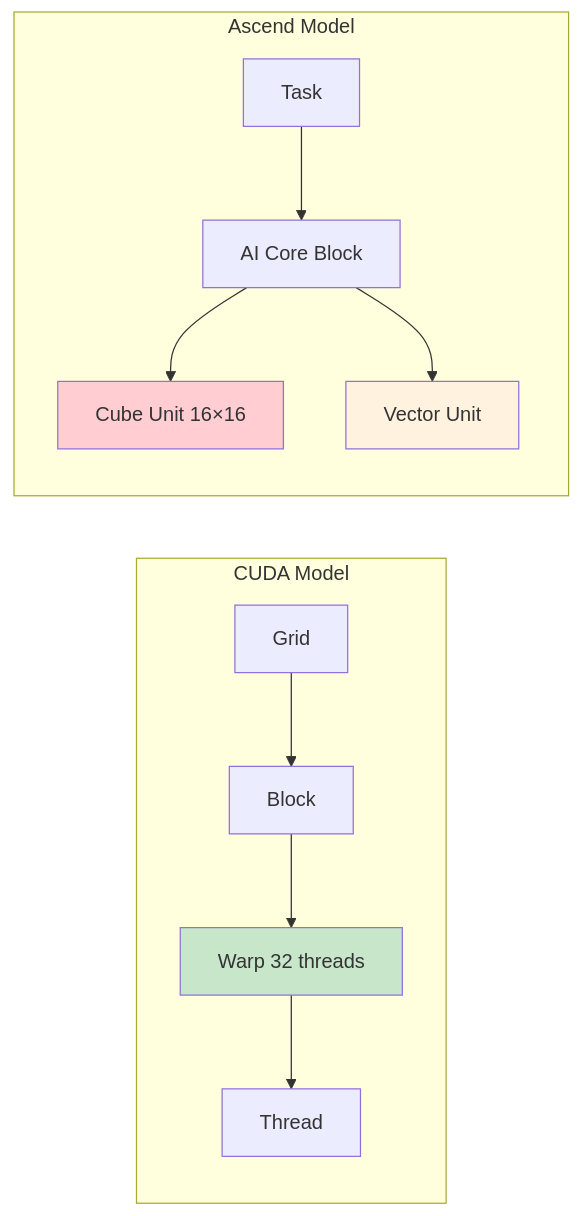
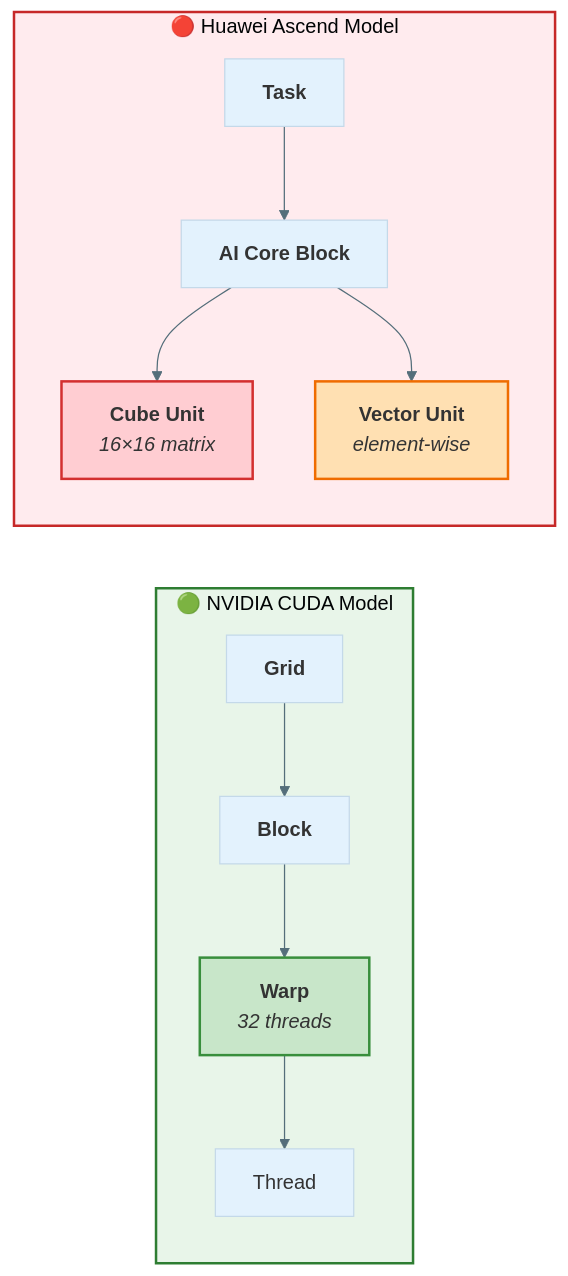
Before and after one commit to chenxingqiang/YiRage: the second of 2 diagrams in docs/ascend_implementation_guide.md, drawn with Mermaid. The commit also changed other lines of this file and 3 other files, not shown here.

First line of the commit message:
docs: upgrade Mermaid diagrams to professional style

````diff
--- a/docs/ascend_implementation_guide.md
+++ b/docs/ascend_implementation_guide.md
@@ -83,18 +85,23 @@
 ```mermaid
+%%{init: {'theme': 'base', 'themeVariables': { 'primaryColor': '#e3f2fd', 'lineColor': '#546e7a'}}}%%
 flowchart LR
-    subgraph "CUDA Model"
-        A1[Grid] --> A2[Block]
-        A2 --> A3[Warp 32 threads]
-        A3 --> A4[Thread]
+    subgraph CUDA["🟢 NVIDIA CUDA Model"]
+        direction TB
+        A1["<b>Grid</b>"] --> A2["<b>Block</b>"]
+        A2 --> A3["<b>Warp</b><br/><i>32 threads</i>"]
+        A3 --> A4["Thread"]
     end
 
-    subgraph "Ascend Model"
-        B1[Task] --> B2[AI Core Block]
-        B2 --> B3[Cube Unit 16×16]
-        B2 --> B4[Vector Unit]
+    subgraph ASCEND["🔴 Huawei Ascend Model"]
+        direction TB
+        B1["<b>Task</b>"] --> B2["<b>AI Core Block</b>"]
+        B2 --> B3["<b>Cube Unit</b><br/><i>16×16 matrix</i>"]
+        B2 --> B4["<b>Vector Unit</b><br/><i>element-wise</i>"]
     end
 
-    style A3 fill:#c8e6c9
-    style B3 fill:#ffcdd2
-    style B4 fill:#fff3e0
+    style CUDA fill:#e8f5e9,stroke:#2e7d32,stroke-width:2px
+    style ASCEND fill:#ffebee,stroke:#c62828,stroke-width:2px
+    style A3 fill:#c8e6c9,stroke:#388e3c,stroke-width:2px
+    style B3 fill:#ffcdd2,stroke:#d32f2f,stroke-width:2px
+    style B4 fill:#ffe0b2,stroke:#ef6c00,stroke-width:2px
 ```
````
